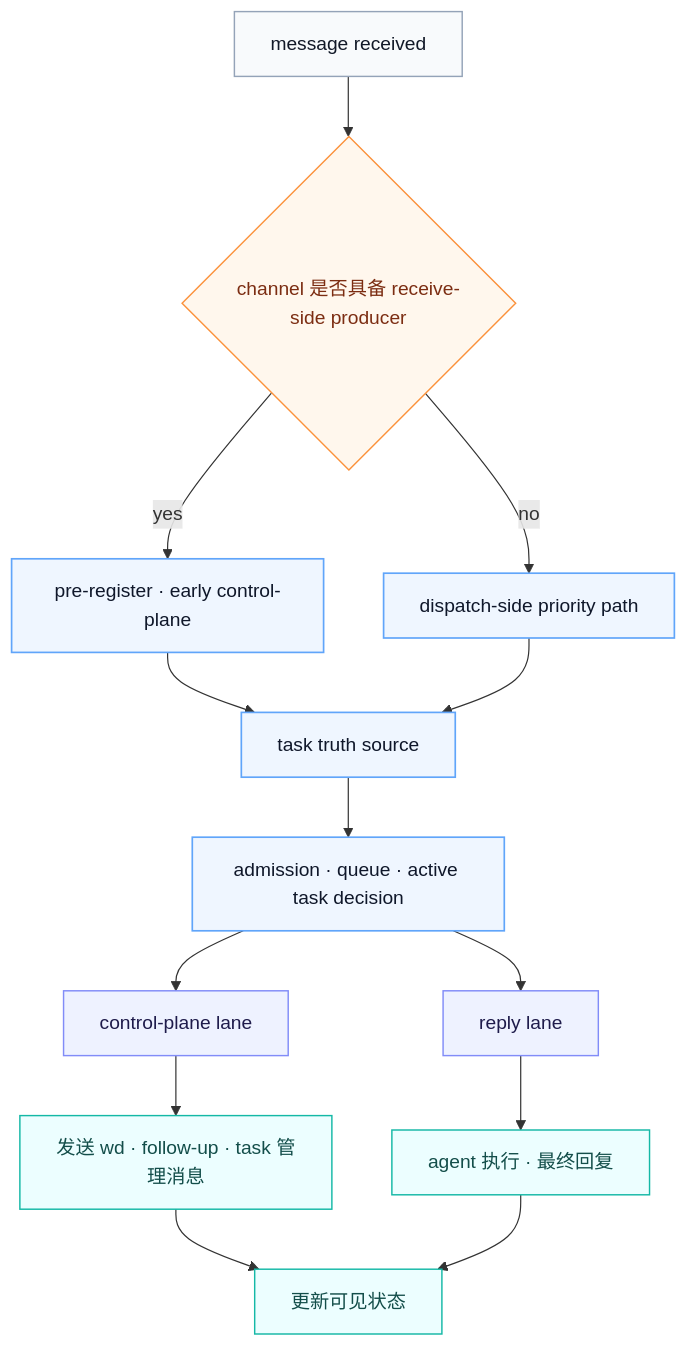
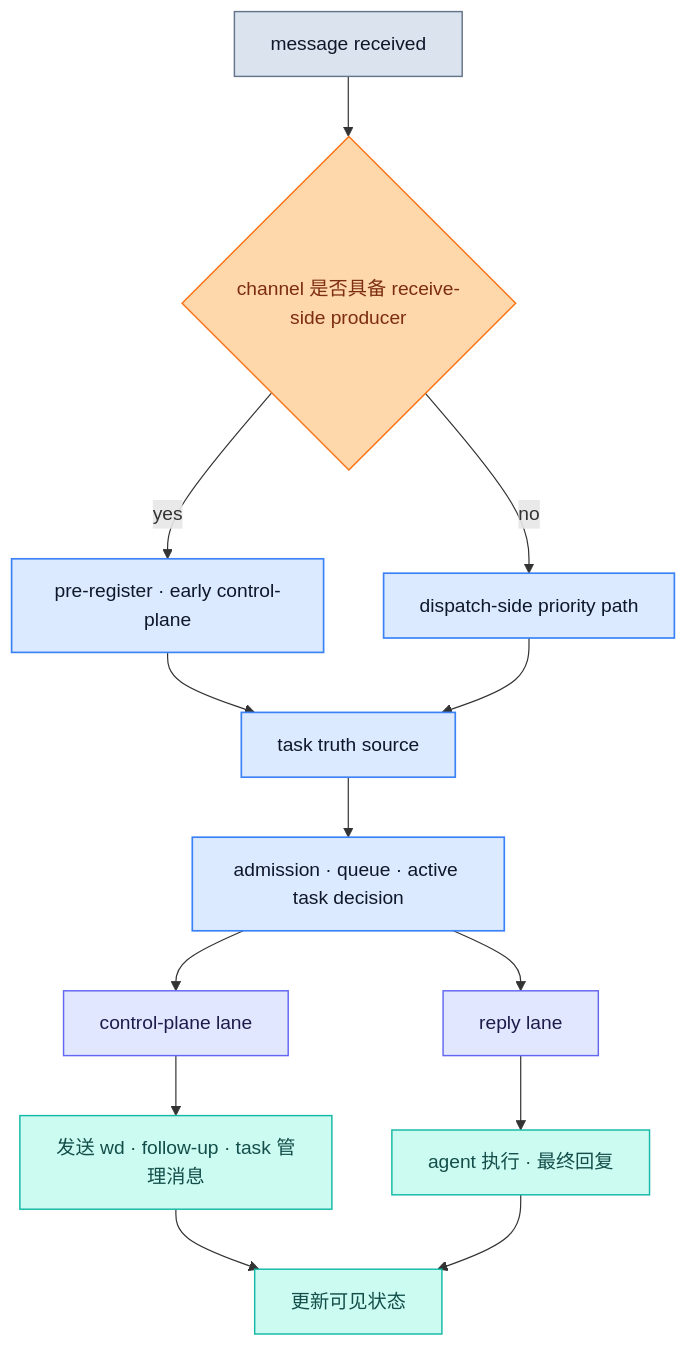
The second of 2 diagrams in docs/architecture.md (redcreen/openclaw-task-system), drawn with Mermaid before and after one commit. The commit also changed other lines of this file, not shown here.

Commit message:
Darken architecture diagram backgrounds

````diff
--- a/docs/architecture.md
+++ b/docs/architecture.md
@@ -159,37 +159,37 @@
 ```mermaid
 flowchart TD
-    classDef source fill:#f8fafc,stroke:#94a3b8,color:#111827,stroke-width:1.2px;
-    classDef branch fill:#fff7ed,stroke:#fb923c,color:#7c2d12,stroke-width:1.2px;
-    classDef core fill:#eff6ff,stroke:#60a5fa,color:#0f172a,stroke-width:1.4px;
-    classDef lane fill:#eef2ff,stroke:#818cf8,color:#1e1b4b,stroke-width:1.2px;
-    classDef output fill:#ecfeff,stroke:#14b8a6,color:#134e4a,stroke-width:1.2px;
+    classDef source fill:#dbe4ee,stroke:#64748b,color:#0f172a,stroke-width:1.2px;
+    classDef branch fill:#fed7aa,stroke:#f97316,color:#7c2d12,stroke-width:1.2px;
+    classDef core fill:#dbeafe,stroke:#3b82f6,color:#0f172a,stroke-width:1.4px;
+    classDef lane fill:#e0e7ff,stroke:#6366f1,color:#1e1b4b,stroke-width:1.2px;
+    classDef output fill:#ccfbf1,stroke:#14b8a6,color:#134e4a,stroke-width:1.2px;
 
     M["message received"]
     G{"channel 是否具备 receive-side producer"}
     PR["pre-register · early control-plane"]
     DP["dispatch-side priority path"]
     TT["task truth source"]
     AD["admission · queue · active task decision"]
     CL["control-plane lane"]
     RL["reply lane"]
     CP["发送 wd · follow-up · task 管理消息"]
     RR["agent 执行 · 最终回复"]
     ST["更新可见状态"]
 
     M --> G
     G -- yes --> PR
     G -- no --> DP
     PR --> TT
     DP --> TT
     TT --> AD
     AD --> CL
     AD --> RL
     CL --> CP --> ST
     RL --> RR --> ST
 
     class M source
     class G branch
     class PR,DP,TT,AD core
     class CL,RL lane
     class CP,RR,ST output
 ```
````
